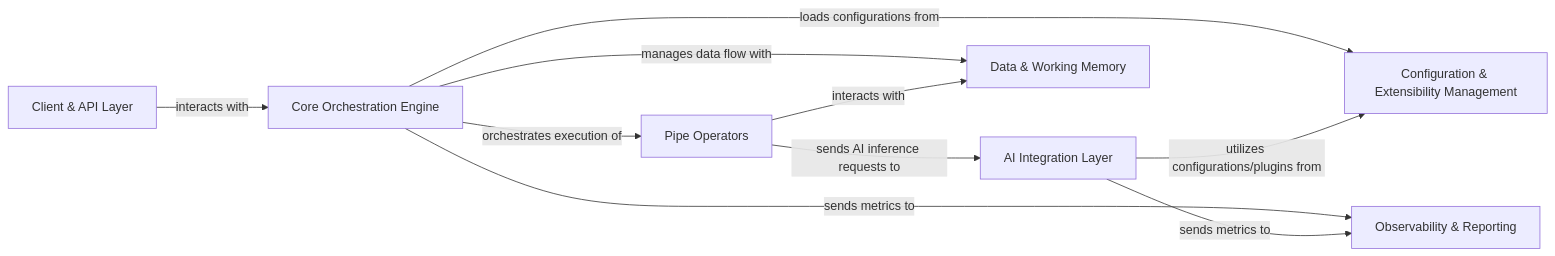
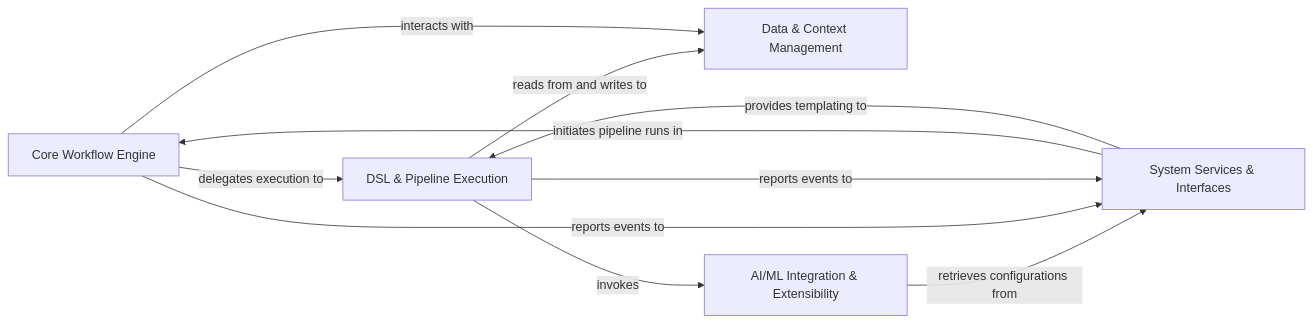
The diagram in docs/pages/advanced-customization/on_boarding.md (mariyam866/pipelex), drawn with Mermaid before and after one commit. The commit also changed other lines of this file and 32 other files, not shown here.

````diff
--- a/docs/pages/advanced-customization/on_boarding.md
+++ b/docs/pages/advanced-customization/on_boarding.md
@@ -1,26 +1,22 @@
 ```mermaid
 graph LR
-    Core_Orchestration_Engine["Core Orchestration Engine"]
-    Pipe_Operators["Pipe Operators"]
-    AI_Integration_Layer["AI Integration Layer"]
-    Configuration_Extensibility_Management["Configuration & Extensibility Management"]
-    Data_Working_Memory["Data & Working Memory"]
-    Client_API_Layer["Client & API Layer"]
-    Observability_Reporting["Observability & Reporting"]
-    Core_Orchestration_Engine -- "orchestrates execution of" --> Pipe_Operators
-    Core_Orchestration_Engine -- "manages data flow with" --> Data_Working_Memory
-    Core_Orchestration_Engine -- "loads configurations from" --> Configuration_Extensibility_Management
-    Core_Orchestration_Engine -- "sends metrics to" --> Observability_Reporting
-    Client_API_Layer -- "interacts with" --> Core_Orchestration_Engine
-    Pipe_Operators -- "sends AI inference requests to" --> AI_Integration_Layer
-    AI_Integration_Layer -- "utilizes configurations/plugins from" --> Configuration_Extensibility_Management
-    AI_Integration_Layer -- "sends metrics to" --> Observability_Reporting
-    Pipe_Operators -- "interacts with" --> Data_Working_Memory
-    click Core_Orchestration_Engine href "https://github.com/Pipelex/pipelex/blob/main/.codeboarding/Core_Orchestration_Engine.md" "Details"
-    click Pipe_Operators href "https://github.com/Pipelex/pipelex/blob/main/.codeboarding/Pipe_Operators.md" "Details"
-    click AI_Integration_Layer href "https://github.com/Pipelex/pipelex/blob/main/.codeboarding/AI_Integration_Layer.md" "Details"
-    click Configuration_Extensibility_Management href "https://github.com/Pipelex/pipelex/blob/main/.codeboarding/Configuration_Extensibility_Management.md" "Details"
-    click Data_Working_Memory href "https://github.com/Pipelex/pipelex/blob/main/.codeboarding/Data_Working_Memory.md" "Details"
-    click Client_API_Layer href "https://github.com/Pipelex/pipelex/blob/main/.codeboarding/Client_API_Layer.md" "Details"
-    click Observability_Reporting href "https://github.com/Pipelex/pipelex/blob/main/.codeboarding/Observability_Reporting.md" "Details"
+    Core_Workflow_Engine["Core Workflow Engine"]
+    DSL_Pipeline_Execution["DSL & Pipeline Execution"]
+    Data_Context_Management["Data & Context Management"]
+    AI_ML_Integration_Extensibility["AI/ML Integration & Extensibility"]
+    System_Services_Interfaces["System Services & Interfaces"]
+    Core_Workflow_Engine -- "delegates execution to" --> DSL_Pipeline_Execution
+    DSL_Pipeline_Execution -- "reads from and writes to" --> Data_Context_Management
+    DSL_Pipeline_Execution -- "invokes" --> AI_ML_Integration_Extensibility
+    AI_ML_Integration_Extensibility -- "retrieves configurations from" --> System_Services_Interfaces
+    Core_Workflow_Engine -- "reports events to" --> System_Services_Interfaces
+    DSL_Pipeline_Execution -- "reports events to" --> System_Services_Interfaces
+    System_Services_Interfaces -- "initiates pipeline runs in" --> Core_Workflow_Engine
+    Core_Workflow_Engine -- "interacts with" --> Data_Context_Management
+    System_Services_Interfaces -- "provides templating to" --> DSL_Pipeline_Execution
+    click Core_Workflow_Engine href "https://github.com/Pipelex/pipelex/blob/main/.codeboarding/Core_Workflow_Engine.md" "Details"
+    click DSL_Pipeline_Execution href "https://github.com/Pipelex/pipelex/blob/main/.codeboarding/DSL_Pipeline_Execution.md" "Details"
+    click Data_Context_Management href "https://github.com/Pipelex/pipelex/blob/main/.codeboarding/Data_Context_Management.md" "Details"
+    click AI_ML_Integration_Extensibility href "https://github.com/Pipelex/pipelex/blob/main/.codeboarding/AI_ML_Integration_Extensibility.md" "Details"
+    click System_Services_Interfaces href "https://github.com/Pipelex/pipelex/blob/main/.codeboarding/System_Services_Interfaces.md" "Details"
 ```
````
